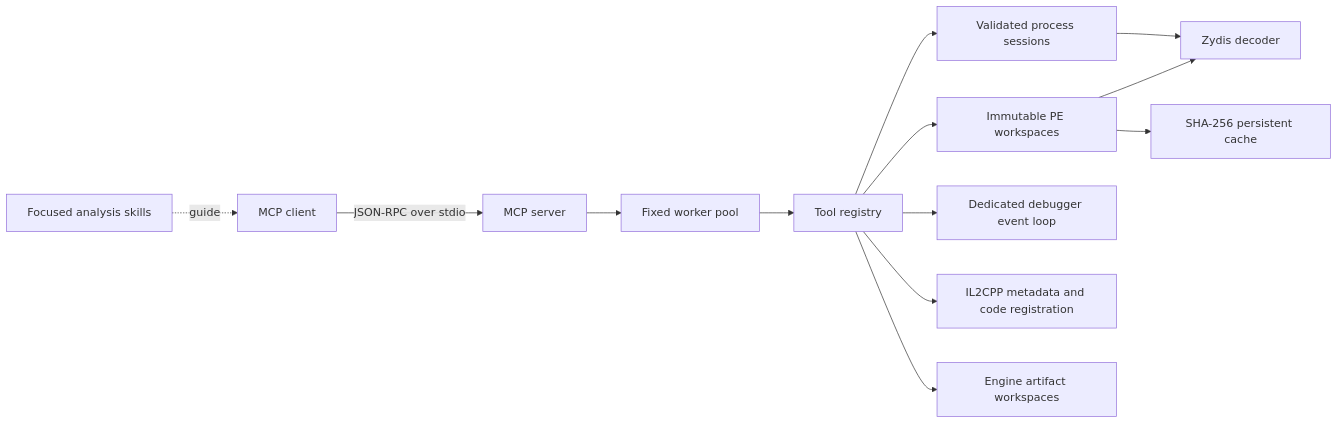
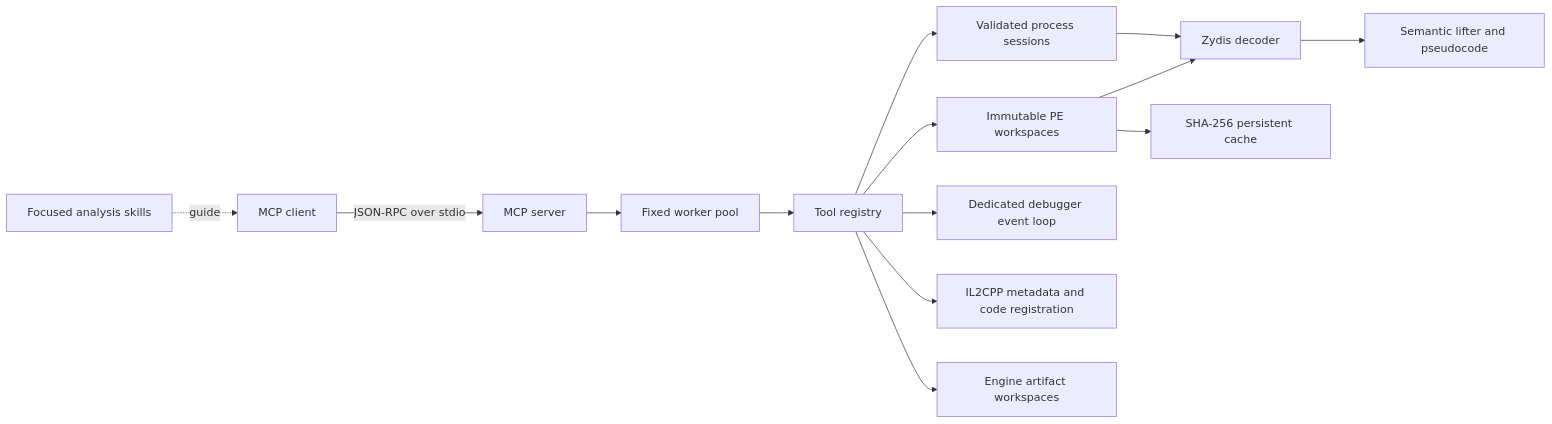
One commit to Stingeer01/ReverseMCP changed the diagram in README.md. Above: the diagram before and after it, drawn with Mermaid. The commit also changed other lines of this file and 28 other files, not shown here.

````diff
--- a/README.md
+++ b/README.md
@@ -251,15 +255,16 @@
 ```mermaid
 flowchart LR
     Client[MCP client] -->|JSON-RPC over stdio| Server[MCP server]
     Server --> Pool[Fixed worker pool]
     Pool --> Tools[Tool registry]
     Tools --> Static[Immutable PE workspaces]
     Tools --> Memory[Validated process sessions]
     Tools --> Debugger[Dedicated debugger event loop]
     Tools --> IL2CPP[IL2CPP metadata and code registration]
     Tools --> Engines[Engine artifact workspaces]
     Static --> Zydis[Zydis decoder]
+    Zydis --> Lifter[Semantic lifter and pseudocode]
     Memory --> Zydis
     Static --> Cache[SHA-256 persistent cache]
     Skills[Focused analysis skills] -. guide .-> Client
 ```
````
